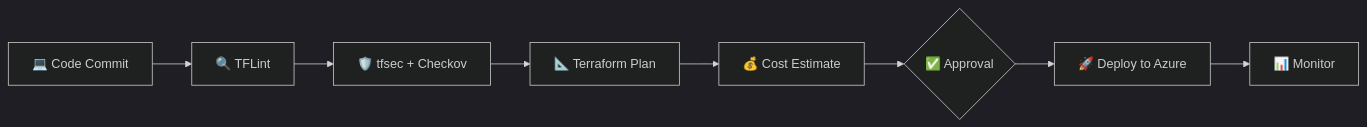
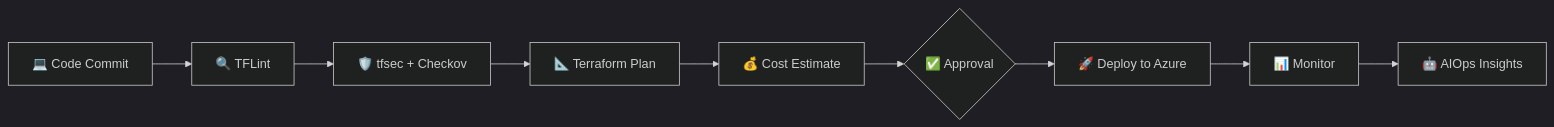
One commit to pappusingh125/pappusingh125 changed the diagram in README.md. Above: the diagram before and after it, drawn with Mermaid (dark theme). The commit also changed other lines of this file, not shown here.

````diff
--- a/README.md
+++ b/README.md
@@ -177,10 +205,11 @@
 ```mermaid
 flowchart LR
     A[💻 Code Commit] --> B[🔍 TFLint]
     B --> C[🛡️ tfsec + Checkov]
     C --> D[📐 Terraform Plan]
     D --> E[💰 Cost Estimate]
     E --> F{✅ Approval}
     F --> G[🚀 Deploy to Azure]
     G --> H[📊 Monitor]
+    H --> I[🤖 AIOps Insights]
 ```
````
